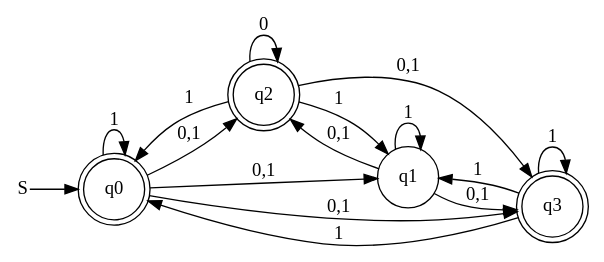
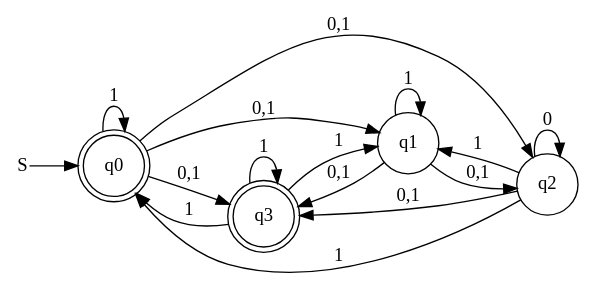
Before and after one commit to Goodhao/automaton: the diagram in out.dot, drawn with Graphviz. The commit also changed 8 other files, not shown here.

```diff
--- a/out.dot
+++ b/out.dot
@@ -1,23 +1,23 @@
 digraph cinite_state_machine {
 rankdir=LR;
 size="50,50"
-node [shape = doublecircle]; q0 q2 q3 ;
+node [shape = doublecircle]; q0 q3 ;
 node [shape = circle]; q0;
 node [shape = plain]; "S";
 "S" -> q0;
 node [shape = circle];
 q0 -> q0 [label = "1"];
 q0 -> q1 [label = "0,1"];
 q0 -> q2 [label = "0,1"];
 q0 -> q3 [label = "0,1"];
 q1 -> q1 [label = "1"];
 q1 -> q2 [label = "0,1"];
 q1 -> q3 [label = "0,1"];
 q2 -> q0 [label = "1"];
 q2 -> q1 [label = "1"];
 q2 -> q2 [label = "0"];
 q2 -> q3 [label = "0,1"];
 q3 -> q0 [label = "1"];
 q3 -> q1 [label = "1"];
 q3 -> q3 [label = "1"];
 }
```
